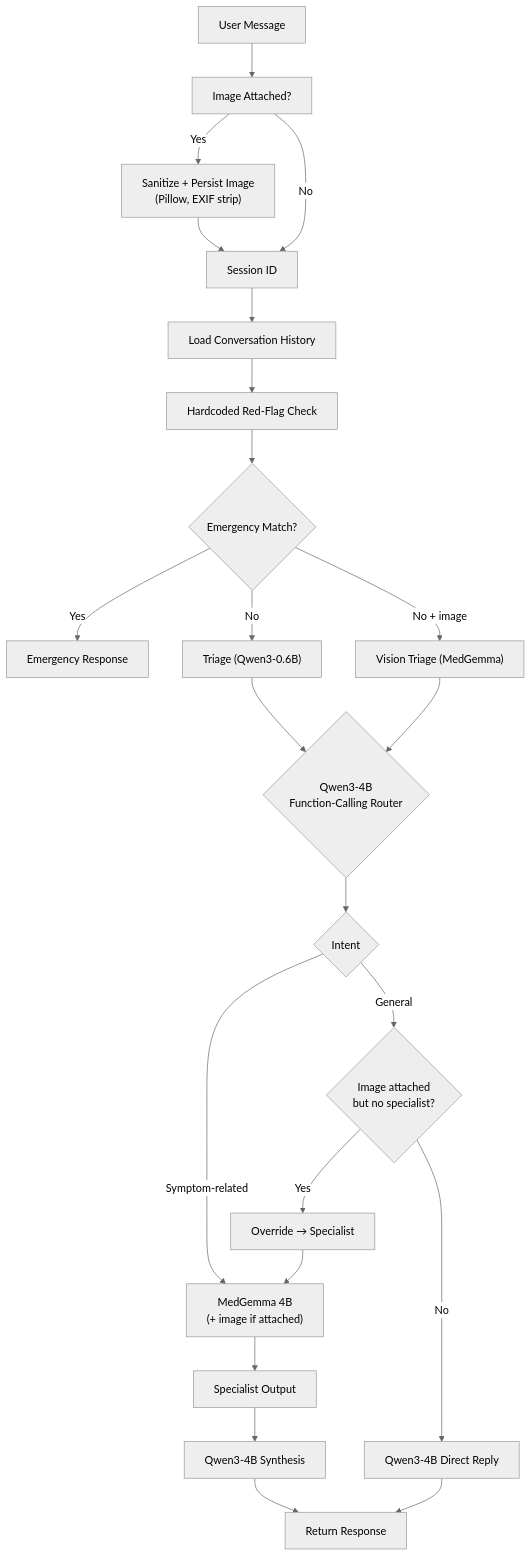
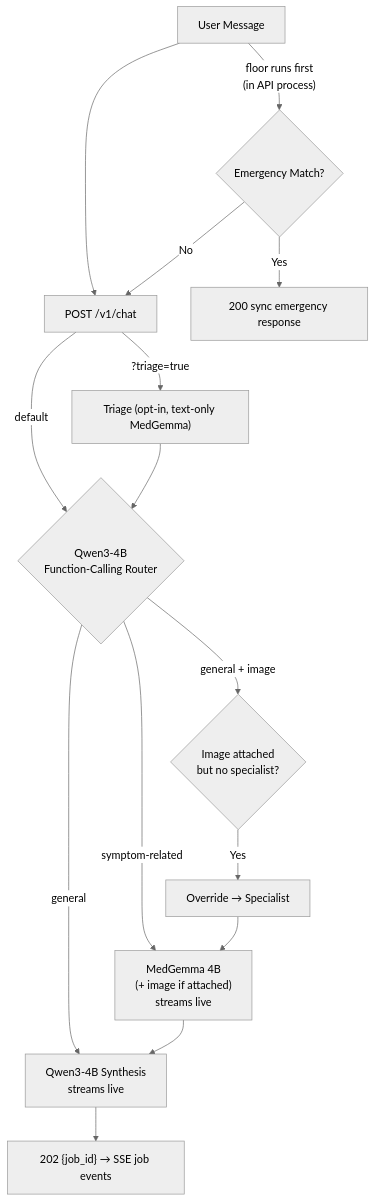
One commit to theruderaw/medgemma-agent changed the diagram in README.md. Above: the diagram before and after it, drawn with Mermaid (neutral theme). The commit also changed other lines of this file and 65 other files, not shown here.

Commit message:
Added milestone 8: celery-only backend with token streaming, postgres-only sessions, opt-in triage, audit API, SSE frontend, and spec-first integration suite

````diff
--- a/README.md
+++ b/README.md
@@ -38,47 +29,26 @@
 ```mermaid
 flowchart TD
-    USER["User Message"]
-    IMAGE["Image Attached?"]
-    PERSIST["Sanitize + Persist Image<br/>(Pillow, EXIF strip)"]
-    SESSION["Session ID"]
-    LOAD["Load Conversation History"]
-    SAFETY["Hardcoded Red-Flag Check"]
+    USER["User Message"] --> ENQUEUE["POST /v1/chat"]
     EMERGENCY{"Emergency Match?"}
-    EMERGENCY_RESPONSE["Emergency Response"]
-    TRIAGE_T["Triage (Qwen3-0.6B)"]
-    TRIAGE_V["Vision Triage (MedGemma)"]
+    TRIAGE["Triage (opt-in, text-only MedGemma)"]
     ROUTER{"Qwen3-4B<br/>Function-Calling Router"}
-    INTENT{"Intent"}
     OVERRIDE{"Image attached<br/>but no specialist?"}
     FORCE["Override → Specialist"]
-    QWEN["Qwen3-4B Direct Reply"]
-    MED["MedGemma 4B<br/>(+ image if attached)"]
-    CONTEXT["Specialist Output"]
-    SYNTH["Qwen3-4B Synthesis"]
-    RESPONSE["Return Response"]
+    MED["MedGemma 4B<br/>(+ image if attached)<br/>streams live"]
+    SYNTH["Qwen3-4B Synthesis<br/>streams live"]
+    RESULT["202 {job_id} → SSE job events"]
 
-    USER --> IMAGE
-    IMAGE -->|"Yes"| PERSIST
-    IMAGE -->|"No"| SESSION
-    PERSIST --> SESSION
-    SESSION --> LOAD
-    LOAD --> SAFETY
-    SAFETY --> EMERGENCY
-
-    EMERGENCY -->|"Yes"| EMERGENCY_RESPONSE
-    EMERGENCY -->|"No"| TRIAGE_T
-    EMERGENCY -->|"No + image"| TRIAGE_V
-    TRIAGE_T --> ROUTER
-    TRIAGE_V --> ROUTER
-
-    ROUTER --> INTENT
-    INTENT -->|"Symptom-related"| MED
-    INTENT -->|"General"| OVERRIDE
-    OVERRIDE -->|"Yes"| FORCE
-    OVERRIDE -->|"No"| QWEN
+    USER -->|"floor runs first<br/>(in API process)"| EMERGENCY
+    EMERGENCY -->|"Yes"| SYNC["200 sync emergency response"]
+    EMERGENCY -->|"No"| ENQUEUE
+    ENQUEUE -->|"?triage=true"| TRIAGE
+    ENQUEUE -->|"default"| ROUTER
+    TRIAGE --> ROUTER
+    ROUTER -->|symptom-related| MED
+    ROUTER -->|general + image| OVERRIDE
+    OVERRIDE -->|Yes| FORCE
     FORCE --> MED
-    MED --> CONTEXT
-    CONTEXT --> SYNTH
-    QWEN --> RESPONSE
-    SYNTH --> RESPONSE
+    ROUTER -->|general| SYNTH
+    MED --> SYNTH
+    SYNTH --> RESULT
 ```
````
